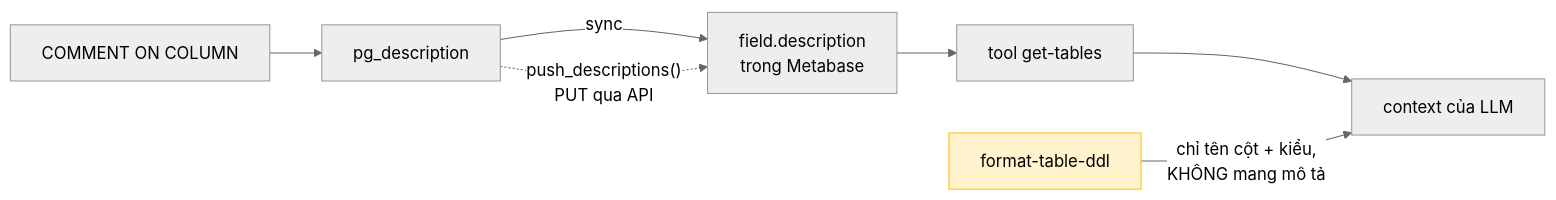
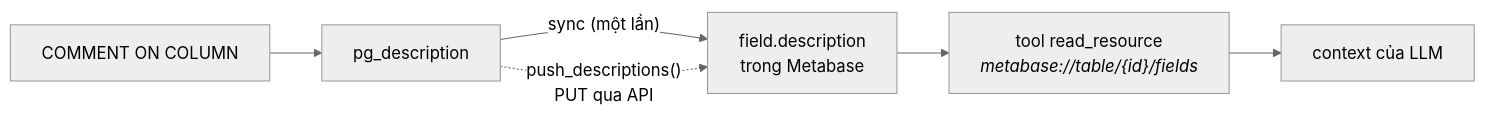
The second of 7 diagrams in dev/metabot-poc/ARCHITECTURE.md (KinasTomes/metabase), drawn with Mermaid (neutral theme) before and after one commit. The commit also changed other lines of this file and 1 other file, not shown here.

````diff
--- a/dev/metabot-poc/ARCHITECTURE.md
+++ b/dev/metabot-poc/ARCHITECTURE.md
@@ -51,10 +51,7 @@
 ```mermaid
 flowchart LR
     A["COMMENT ON COLUMN"] --> B["pg_description"]
-    B -->|sync| C["field.description<br/>trong Metabase"]
+    B -->|"sync (một lần)"| C["field.description<br/>trong Metabase"]
     B -.->|"push_descriptions()<br/>PUT qua API"| C
-    C --> D["tool get-tables"] --> E["context của LLM"]
-    F["format-table-ddl"] -->|"chỉ tên cột + kiểu,<br/>KHÔNG mang mô tả"| E
-
-    style F fill:#fff3cd,stroke:#ffc107
+    C --> D["tool read_resource<br/><i>metabase://table/{id}/fields</i>"] --> E["context của LLM"]
 ```
````
